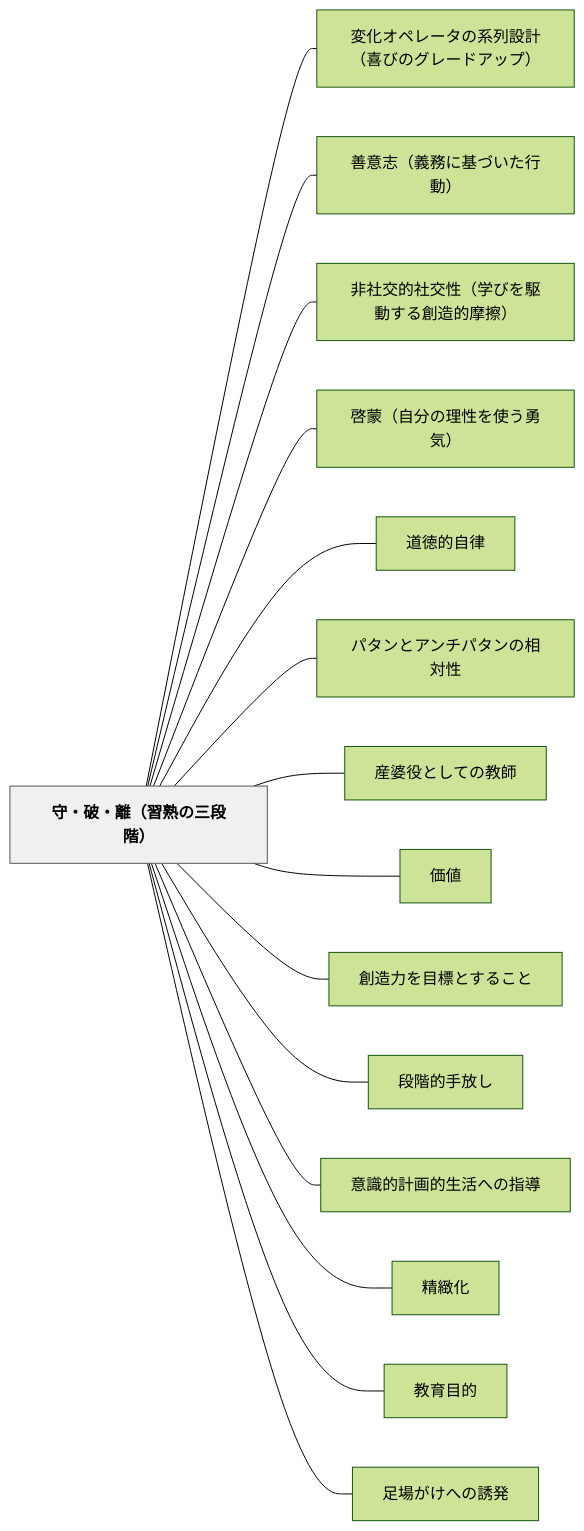
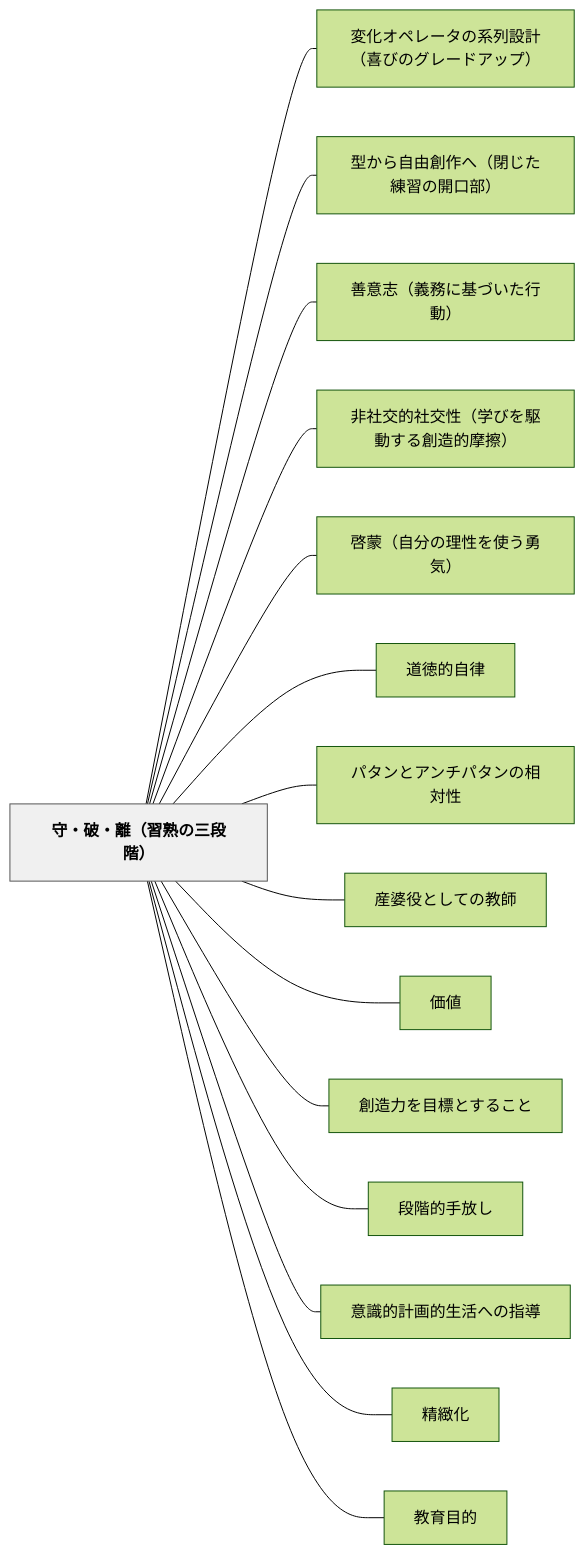
The diagram in content/パタン/守・破・離（習熟の三段階）.md (unknownthings-ed-patterns/unknownthings-ed-patterns), drawn with Mermaid (forest theme) before and after one commit. The commit also changed other lines of this file and 4 other files, not shown here.

````diff
--- a/content/パタン/守・破・離（習熟の三段階）.md
+++ b/content/パタン/守・破・離（習熟の三段階）.md
@@ -223,36 +224,36 @@
 ```mermaid
 flowchart LR
     ne5ae88e383bbe7a0b4e383bbe99ba2efbc88e7bf92e7869fe381aee4b889e6aeb5e99a8eefbc89["守・破・離（習熟の三段階）"]
     ne5a489e58c96e382aae3839ae383ace383bce382bfe381aee7b3bbe58897e8a8ade8a888efbc88e5969ce381b3e381aee382b0e383ace383bce38389e382a2e38383e38397efbc89["変化オペレータの系列設計（喜びのグレードアップ）"]
+    ne59e8be3818be38289e887aae794b1e589b5e4bd9ce381b8efbc88e99689e38198e3819fe7b7b4e7bf92e381aee9968be58fa3e983a8efbc89["型から自由創作へ（閉じた練習の開口部）"]
     ne59684e6848fe5bf97efbc88e7bea9e58b99e381abe59fbae381a5e38184e3819fe8a18ce58b95efbc89["善意志（義務に基づいた行動）"]
     ne99d9ee7a4bee4baa4e79a84e7a4bee4baa4e680a7efbc88e5ada6e381b3e38292e9a786e58b95e38199e3828be589b5e980a0e79a84e691a9e693a6efbc89["非社交的社交性（学びを駆動する創造的摩擦）"]
     ne59593e89299efbc88e887aae58886e381aee79086e680a7e38292e4bdbfe38186e58b87e6b097efbc89["啓蒙（自分の理性を使う勇気）"]
     ne98193e5beb3e79a84e887aae5be8b["道徳的自律"]
     ne38391e382bfe383b3e381a8e382a2e383b3e38381e38391e382bfe383b3e381aee79bb8e5afbee680a7["パタンとアンチパタンの相対性"]
     ne794a3e5a986e5bdb9e381a8e38197e381a6e381aee69599e5b8ab["産婆役としての教師"]
     ne4bea1e580a4["価値"]
     ne589b5e980a0e58a9be38292e79baee6a899e381a8e38199e3828be38193e381a8["創造力を目標とすること"]
     ne6aeb5e99a8ee79a84e6898be694bee38197["段階的手放し"]
     ne6848fe8ad98e79a84e8a888e794bbe79a84e7949fe6b4bbe381b8e381aee68c87e5b08e["意識的計画的生活への指導"]
     ne7b2bee7b7bbe58c96["精緻化"]
     ne69599e882b2e79baee79a84["教育目的"]
-    ne8b6b3e5a0b4e3818ce38191e381b8e381aee8aa98e799ba["足場がけへの誘発"]
 
     ne5ae88e383bbe7a0b4e383bbe99ba2efbc88e7bf92e7869fe381aee4b889e6aeb5e99a8eefbc89 --- ne5a489e58c96e382aae3839ae383ace383bce382bfe381aee7b3bbe58897e8a8ade8a888efbc88e5969ce381b3e381aee382b0e383ace383bce38389e382a2e38383e38397efbc89
+    ne5ae88e383bbe7a0b4e383bbe99ba2efbc88e7bf92e7869fe381aee4b889e6aeb5e99a8eefbc89 --- ne59e8be3818be38289e887aae794b1e589b5e4bd9ce381b8efbc88e99689e38198e3819fe7b7b4e7bf92e381aee9968be58fa3e983a8efbc89
     ne5ae88e383bbe7a0b4e383bbe99ba2efbc88e7bf92e7869fe381aee4b889e6aeb5e99a8eefbc89 --- ne59684e6848fe5bf97efbc88e7bea9e58b99e381abe59fbae381a5e38184e3819fe8a18ce58b95efbc89
     ne5ae88e383bbe7a0b4e383bbe99ba2efbc88e7bf92e7869fe381aee4b889e6aeb5e99a8eefbc89 --- ne99d9ee7a4bee4baa4e79a84e7a4bee4baa4e680a7efbc88e5ada6e381b3e38292e9a786e58b95e38199e3828be589b5e980a0e79a84e691a9e693a6efbc89
     ne5ae88e383bbe7a0b4e383bbe99ba2efbc88e7bf92e7869fe381aee4b889e6aeb5e99a8eefbc89 --- ne59593e89299efbc88e887aae58886e381aee79086e680a7e38292e4bdbfe38186e58b87e6b097efbc89
     ne5ae88e383bbe7a0b4e383bbe99ba2efbc88e7bf92e7869fe381aee4b889e6aeb5e99a8eefbc89 --- ne98193e5beb3e79a84e887aae5be8b
     ne5ae88e383bbe7a0b4e383bbe99ba2efbc88e7bf92e7869fe381aee4b889e6aeb5e99a8eefbc89 --- ne38391e382bfe383b3e381a8e382a2e383b3e38381e38391e382bfe383b3e381aee79bb8e5afbee680a7
     ne5ae88e383bbe7a0b4e383bbe99ba2efbc88e7bf92e7869fe381aee4b889e6aeb5e99a8eefbc89 --- ne794a3e5a986e5bdb9e381a8e38197e381a6e381aee69599e5b8ab
     ne5ae88e383bbe7a0b4e383bbe99ba2efbc88e7bf92e7869fe381aee4b889e6aeb5e99a8eefbc89 --- ne4bea1e580a4
     ne5ae88e383bbe7a0b4e383bbe99ba2efbc88e7bf92e7869fe381aee4b889e6aeb5e99a8eefbc89 --- ne589b5e980a0e58a9be38292e79baee6a899e381a8e38199e3828be38193e381a8
     ne5ae88e383bbe7a0b4e383bbe99ba2efbc88e7bf92e7869fe381aee4b889e6aeb5e99a8eefbc89 --- ne6aeb5e99a8ee79a84e6898be694bee38197
     ne5ae88e383bbe7a0b4e383bbe99ba2efbc88e7bf92e7869fe381aee4b889e6aeb5e99a8eefbc89 --- ne6848fe8ad98e79a84e8a888e794bbe79a84e7949fe6b4bbe381b8e381aee68c87e5b08e
     ne5ae88e383bbe7a0b4e383bbe99ba2efbc88e7bf92e7869fe381aee4b889e6aeb5e99a8eefbc89 --- ne7b2bee7b7bbe58c96
     ne5ae88e383bbe7a0b4e383bbe99ba2efbc88e7bf92e7869fe381aee4b889e6aeb5e99a8eefbc89 --- ne69599e882b2e79baee79a84
-    ne5ae88e383bbe7a0b4e383bbe99ba2efbc88e7bf92e7869fe381aee4b889e6aeb5e99a8eefbc89 --- ne8b6b3e5a0b4e3818ce38191e381b8e381aee8aa98e799ba
 
     classDef hub fill:#f0f0f0,stroke:#555,color:#000,font-weight:bold
     class ne5ae88e383bbe7a0b4e383bbe99ba2efbc88e7bf92e7869fe381aee4b889e6aeb5e99a8eefbc89 hub
 ```
````
